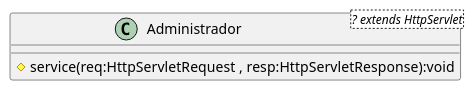
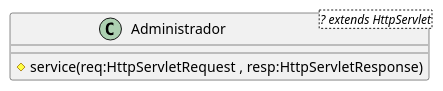
One commit to joseguilhermeromano/UFABC changed the diagram in src/main/java/br/com/ifsp/lds/controller/Administrador.puml. Above: the diagram before and after it, drawn with PlantUML. The commit also changed 13 other files, not shown here.

```diff
--- a/src/main/java/br/com/ifsp/lds/controller/Administrador.puml
+++ b/src/main/java/br/com/ifsp/lds/controller/Administrador.puml
@@ -1,9 +1,9 @@
 @startuml
 
 class Administrador<? extends HttpServlet> {
 
-    #service(req:HttpServletRequest ,  resp:HttpServletResponse):void
+    #service(req:HttpServletRequest ,  resp:HttpServletResponse)
 
 }
 
 @enduml
```
